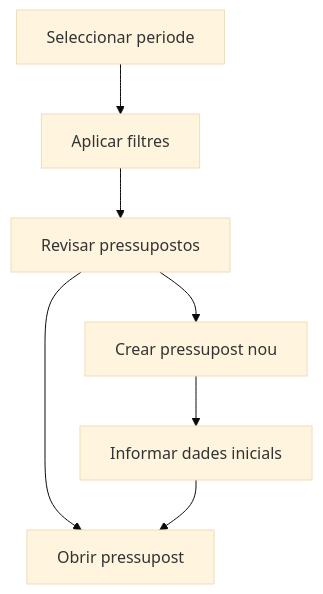
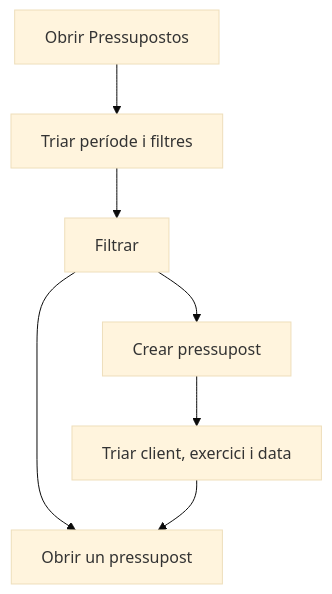
The diagram in frontend/src/help/ca/sales/budget/list.md (MGurtD/lilith), drawn with Mermaid (base theme) before and after one commit. The commit also changed other lines of this file and 331 other files, not shown here.

````diff
--- a/frontend/src/help/ca/sales/budget/list.md
+++ b/frontend/src/help/ca/sales/budget/list.md
@@ -41,9 +46,9 @@
 ```mermaid
 flowchart TD
-    A[Seleccionar periode] --> B[Aplicar filtres]
-    B --> C[Revisar pressupostos]
-    C --> D[Obrir pressupost]
-    C --> E[Crear pressupost nou]
-    E --> F[Informar dades inicials]
+    A[Obrir Pressupostos] --> B[Triar període i filtres]
+    B --> C[Filtrar]
+    C --> D[Obrir un pressupost]
+    C --> E[Crear pressupost]
+    E --> F[Triar client, exercici i data]
     F --> D
 ```
````
